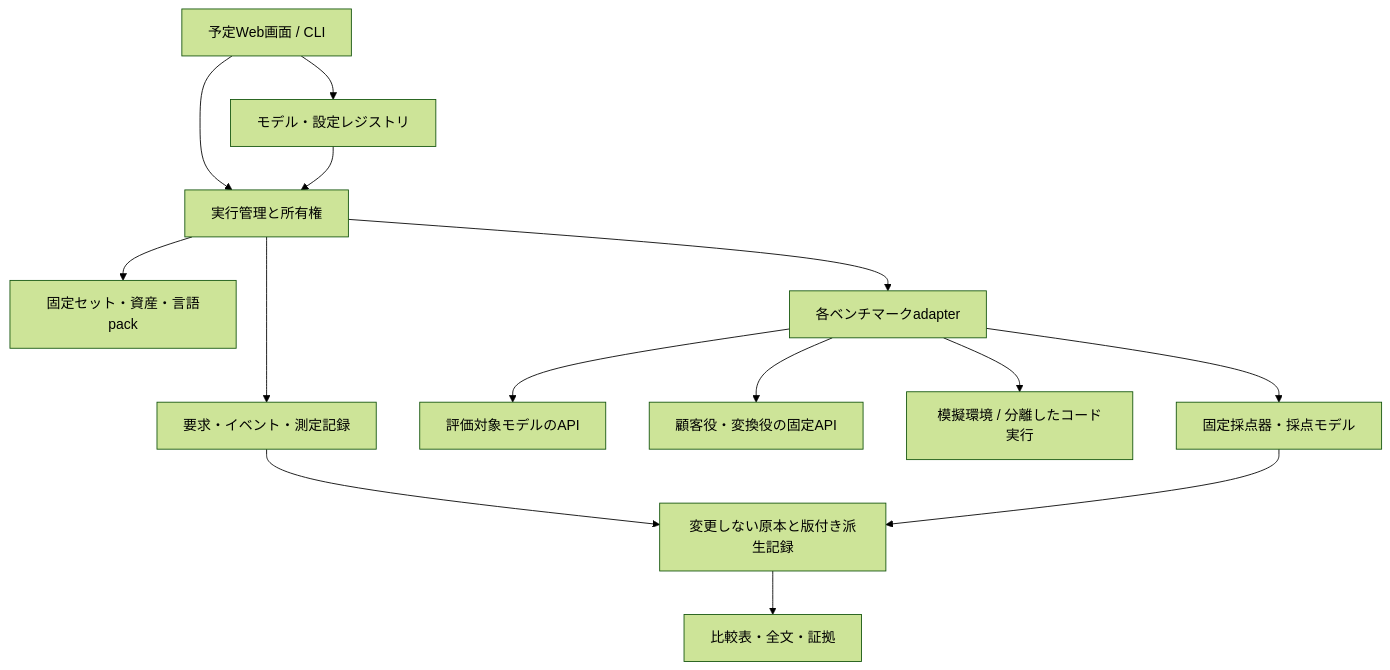
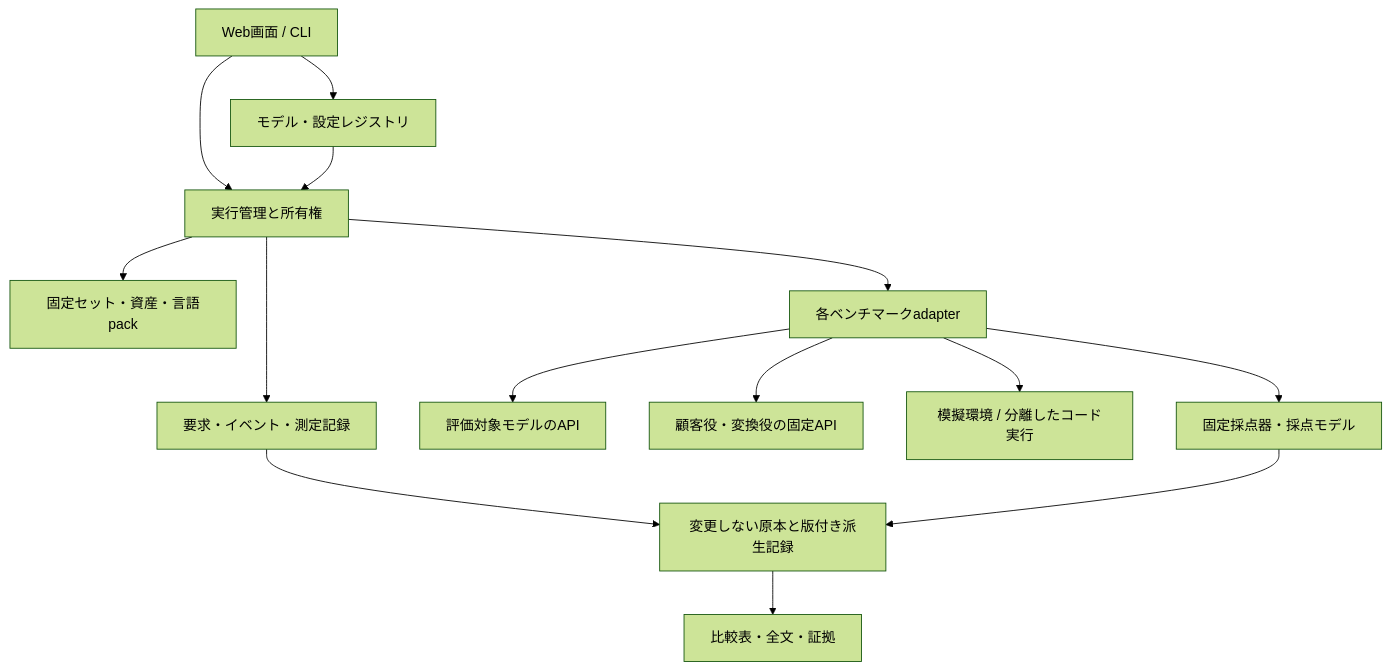
Before and after one commit to StackPiles/BeaconBench: the diagram in docs/04-architecture.md, drawn with Mermaid (forest theme). The commit also changed other lines of this file and 29 other files, not shown here.

````diff
--- a/docs/04-architecture.md
+++ b/docs/04-architecture.md
@@ -7,16 +7,16 @@
 ```mermaid
 flowchart TB
-  UI[予定Web画面 / CLI] --> Coordinator[実行管理と所有権]
+  UI[Web画面 / CLI] --> Coordinator[実行管理と所有権]
   UI --> Config[モデル・設定レジストリ]
   Config --> Coordinator
   Coordinator --> Registry[固定セット・資産・言語pack]
   Coordinator --> Instrument[要求・イベント・測定記録]
   Coordinator --> Adapter[各ベンチマークadapter]
   Adapter --> Target[評価対象モデルのAPI]
   Adapter --> Support[顧客役・変換役の固定API]
   Adapter --> Environment[模擬環境 / 分離したコード実行]
   Adapter --> Grader[固定採点器・採点モデル]
   Instrument --> Store[変更しない原本と版付き派生記録]
   Grader --> Store
   Store --> Report[比較表・全文・証拠]
 ```
````
